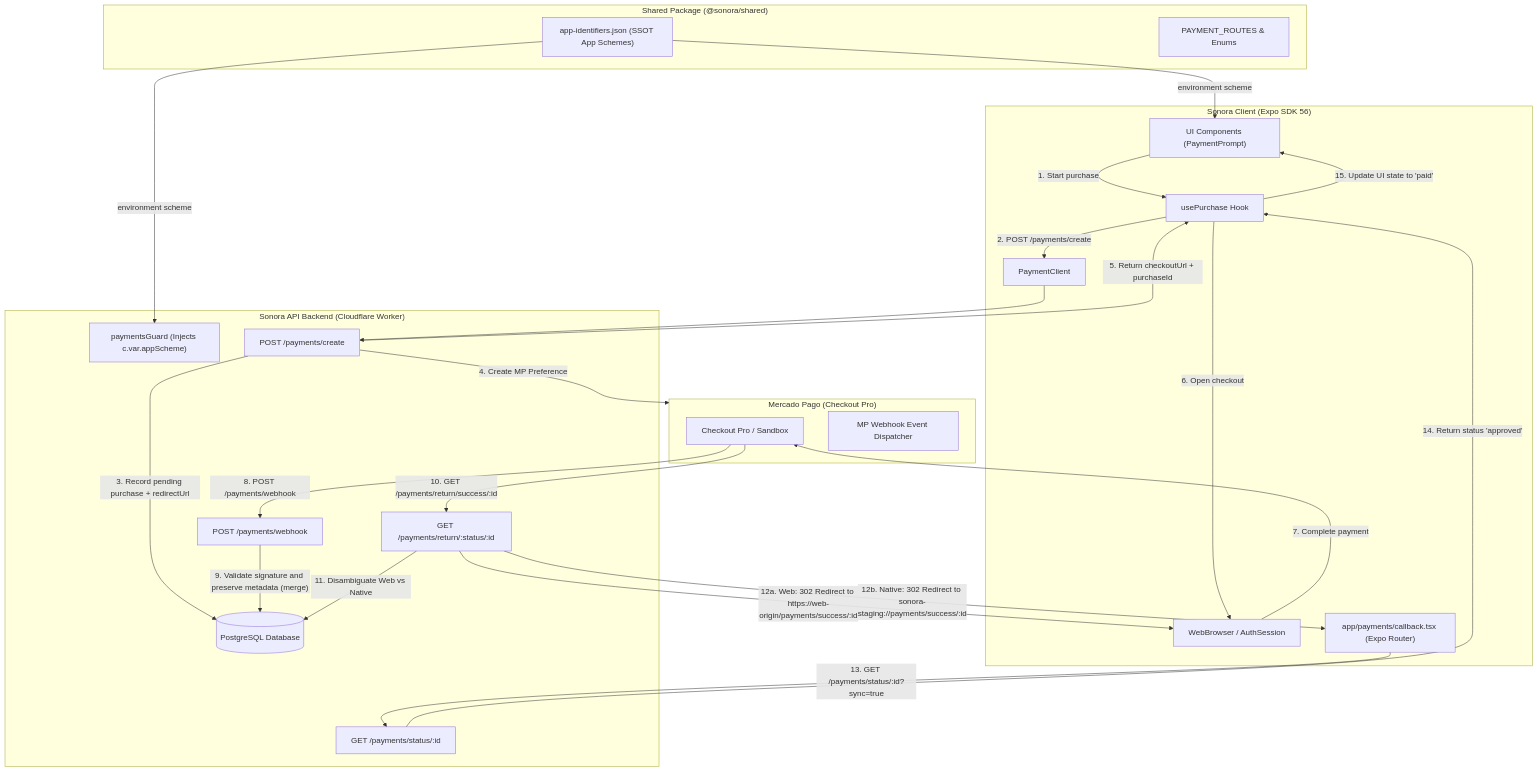
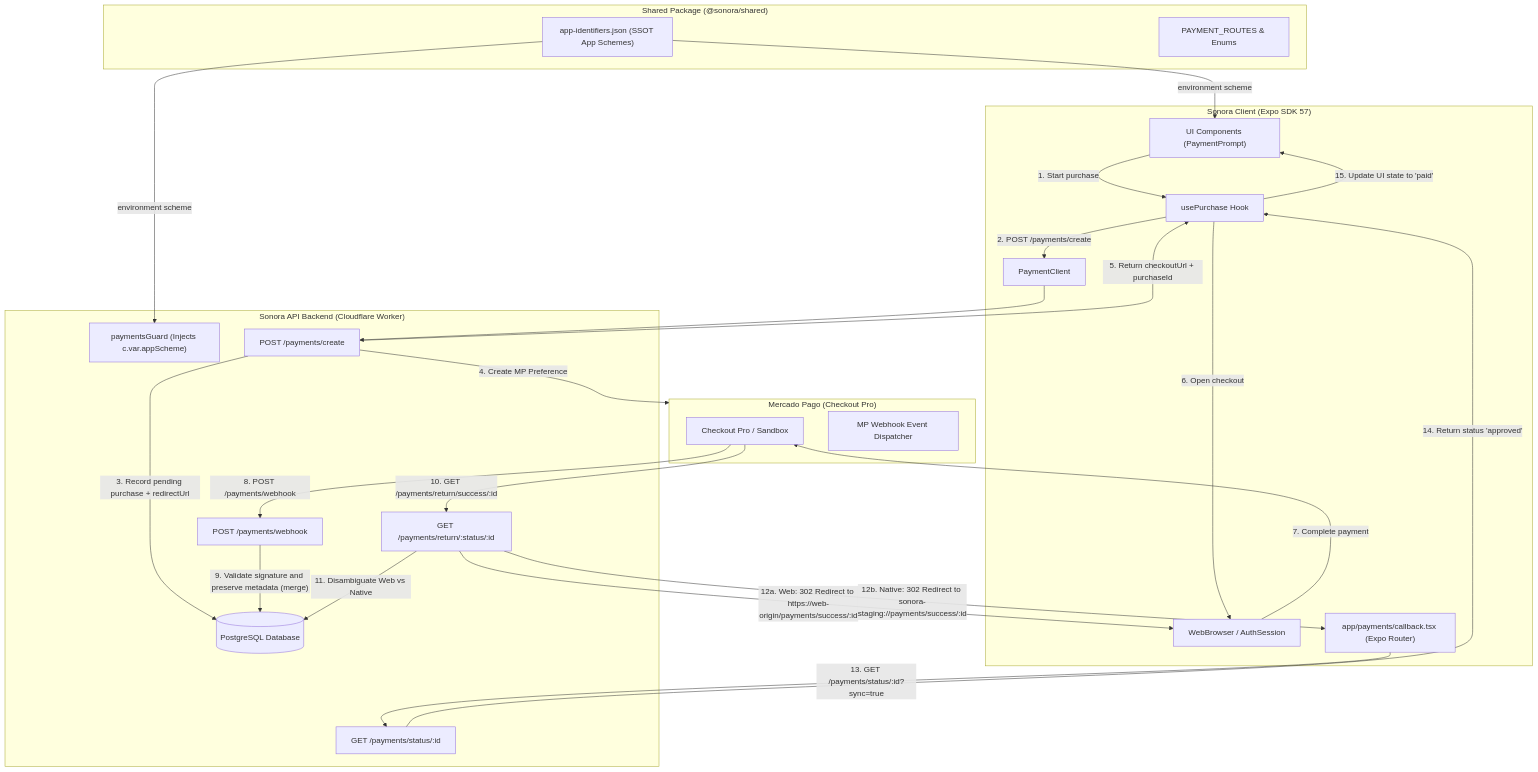
Before and after one commit to masch/sonora: the first of 2 diagrams in docs/payment_flow_architecture.md, drawn with Mermaid. The commit also changed 6 other files, not shown here.

````diff
--- a/docs/payment_flow_architecture.md
+++ b/docs/payment_flow_architecture.md
@@ -9,53 +9,53 @@
 ```mermaid
 flowchart TD
     subgraph Shared["Shared Package (@sonora/shared)"]
         SSOT["app-identifiers.json (SSOT App Schemes)"]
         Enums["PAYMENT_ROUTES & Enums"]
     end
 
-    subgraph Client["Sonora Client (Expo SDK 56)"]
+    subgraph Client["Sonora Client (Expo SDK 57)"]
         UI["UI Components (PaymentPrompt)"]
         Hook["usePurchase Hook"]
         ClientService["PaymentClient"]
         WebBrowser["WebBrowser / AuthSession"]
         AppCallback["app/payments/callback.tsx (Expo Router)"]
     end
 
     subgraph API["Sonora API Backend (Cloudflare Worker)"]
         PaymentsGuard["paymentsGuard (Injects c.var.appScheme)"]
         PaymentRoute["POST /payments/create"]
         ReturnRoute["GET /payments/return/:status/:id"]
         WebhookRoute["POST /payments/webhook"]
         StatusRoute["GET /payments/status/:id"]
         DB[(PostgreSQL Database)]
     end
 
     subgraph MP["Mercado Pago (Checkout Pro)"]
         CheckoutPro["Checkout Pro / Sandbox"]
         MPWebhook["MP Webhook Event Dispatcher"]
     end
 
     SSOT -->|environment scheme| PaymentsGuard
     SSOT -->|environment scheme| UI
 
     UI -->|1. Start purchase| Hook
     Hook -->|2. POST /payments/create| ClientService
     ClientService --> PaymentRoute
     PaymentRoute -->|3. Record pending purchase + redirectUrl| DB
     PaymentRoute -->|4. Create MP Preference| MP
     PaymentRoute -->|5. Return checkoutUrl + purchaseId| Hook
     Hook -->|6. Open checkout| WebBrowser
     WebBrowser -->|7. Complete payment| CheckoutPro
 
     CheckoutPro -->|8. POST /payments/webhook| WebhookRoute
     WebhookRoute -->|"9. Validate signature and preserve metadata (merge)"| DB
 
     CheckoutPro -->|10. GET /payments/return/success/:id| ReturnRoute
     ReturnRoute -->|11. Disambiguate Web vs Native| DB
     ReturnRoute -->|12a. Web: 302 Redirect to https://web-origin/payments/success/:id| WebBrowser
     ReturnRoute -->|12b. Native: 302 Redirect to sonora-staging://payments/success/:id| AppCallback
 
     AppCallback -->|13. GET /payments/status/:id?sync=true| StatusRoute
     StatusRoute -->|14. Return status 'approved'| Hook
     Hook -->|15. Update UI state to 'paid'| UI
 ```
````
